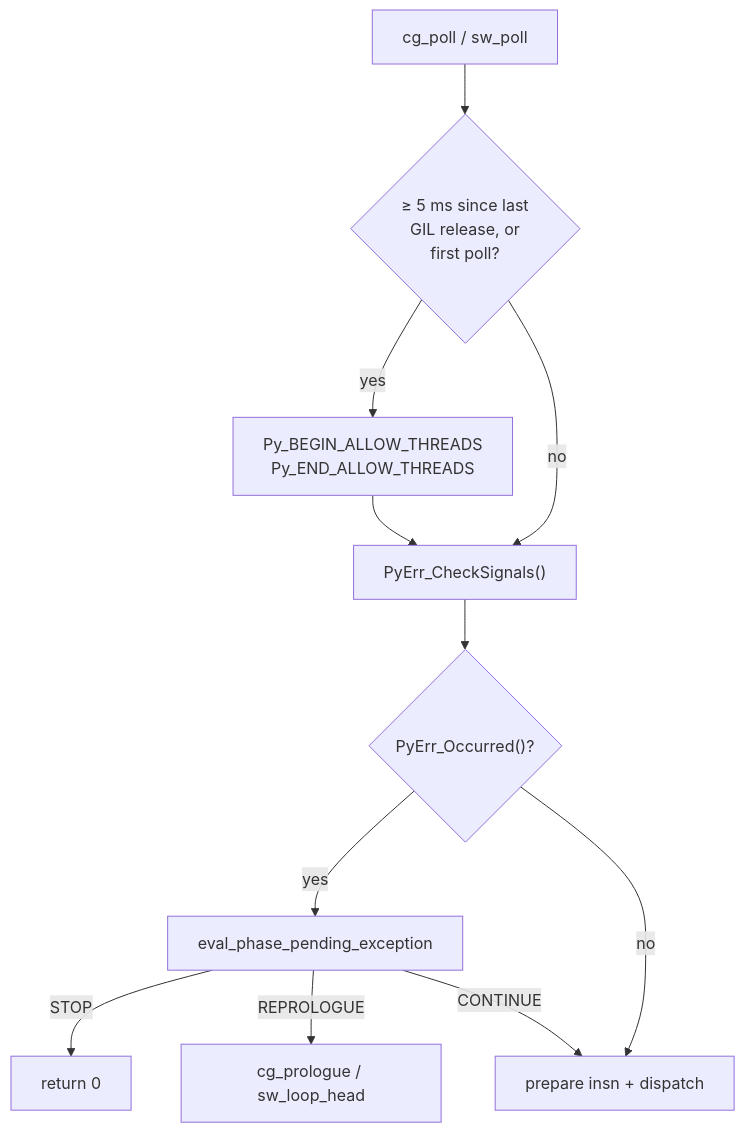
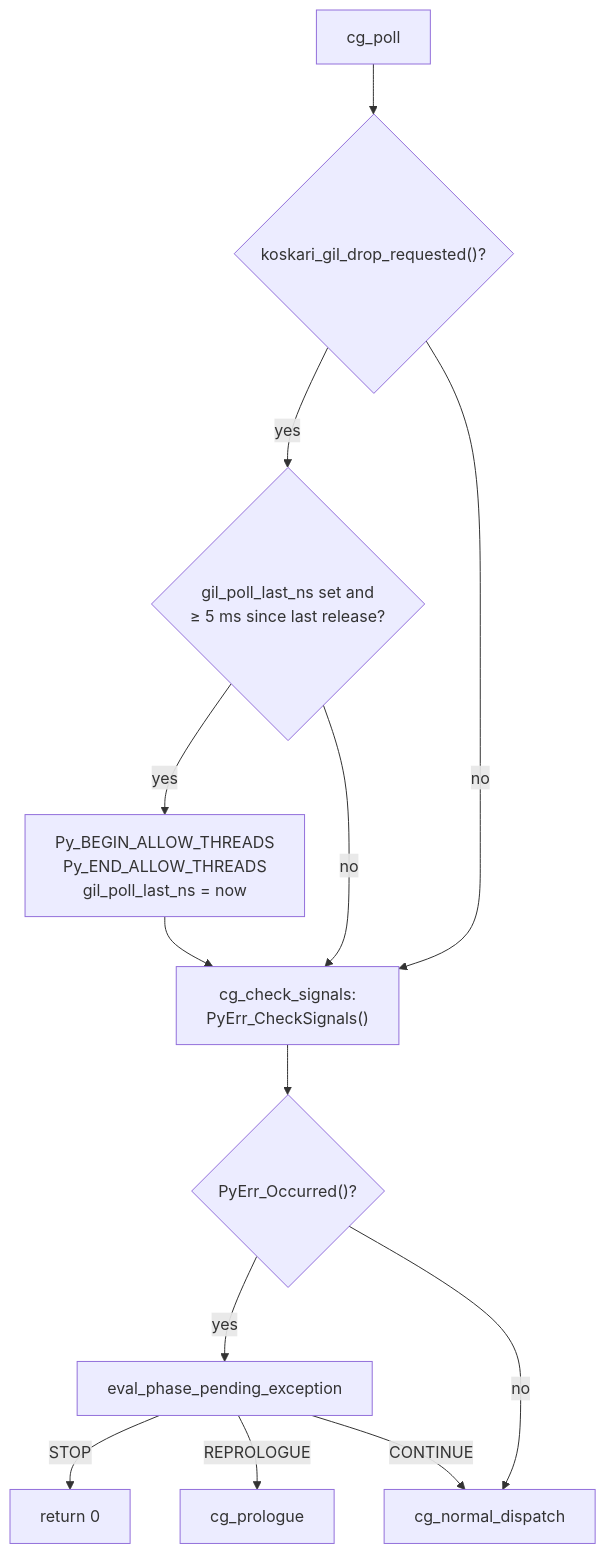
Before and after one commit to koskari-lang/koskari: the second of 11 diagrams in design/EVALUATOR.md, drawn with Mermaid. The commit also changed other lines of this file, not shown here.

First line of the commit message:
Document gil_drop_request probing in EVALUATOR.md.

````diff
--- a/design/EVALUATOR.md
+++ b/design/EVALUATOR.md
@@ -169,21 +183,24 @@
 ```mermaid
 flowchart TD
-    poll["cg_poll / sw_poll"]
-    time{"≥ 5 ms since last<br/>GIL release, or<br/>first poll?"}
-    gil["Py_BEGIN_ALLOW_THREADS<br/>Py_END_ALLOW_THREADS"]
-    sig["PyErr_CheckSignals()"]
+    poll["cg_poll"]
+    drop{"koskari_gil_drop_requested()?"}
+    time{"gil_poll_last_ns set and<br/>≥ 5 ms since last release?"}
+    gil["Py_BEGIN_ALLOW_THREADS<br/>Py_END_ALLOW_THREADS<br/>gil_poll_last_ns = now"]
+    sig["cg_check_signals:<br/>PyErr_CheckSignals()"]
     pyerr{"PyErr_Occurred()?"}
     pend["eval_phase_pending_exception"]
-    dispatch["prepare insn + dispatch"]
+    dispatch["cg_normal_dispatch"]
 
-    poll --> time
+    poll --> drop
+    drop -->|yes| time
+    drop -->|no| sig
     time -->|yes| gil
     time -->|no| sig
     gil --> sig
     sig --> pyerr
     pyerr -->|yes| pend
     pyerr -->|no| dispatch
     pend -->|STOP| stop["return 0"]
-    pend -->|REPROLOGUE| prologue["cg_prologue / sw_loop_head"]
+    pend -->|REPROLOGUE| prologue["cg_prologue"]
     pend -->|CONTINUE| dispatch
 ```
````
